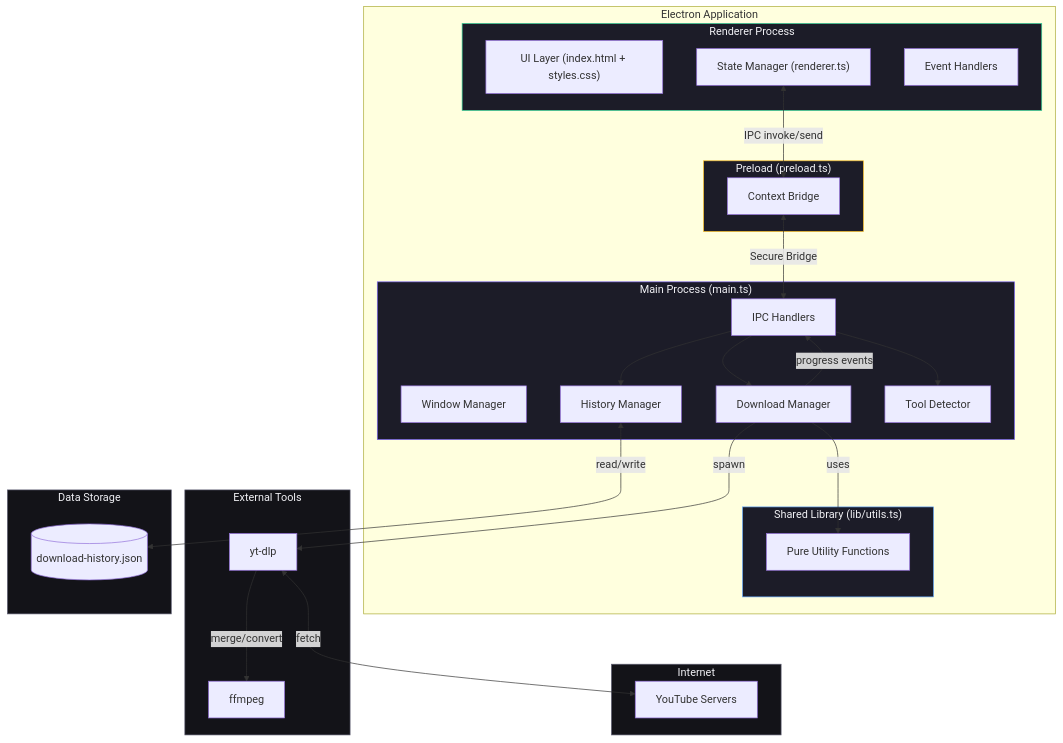
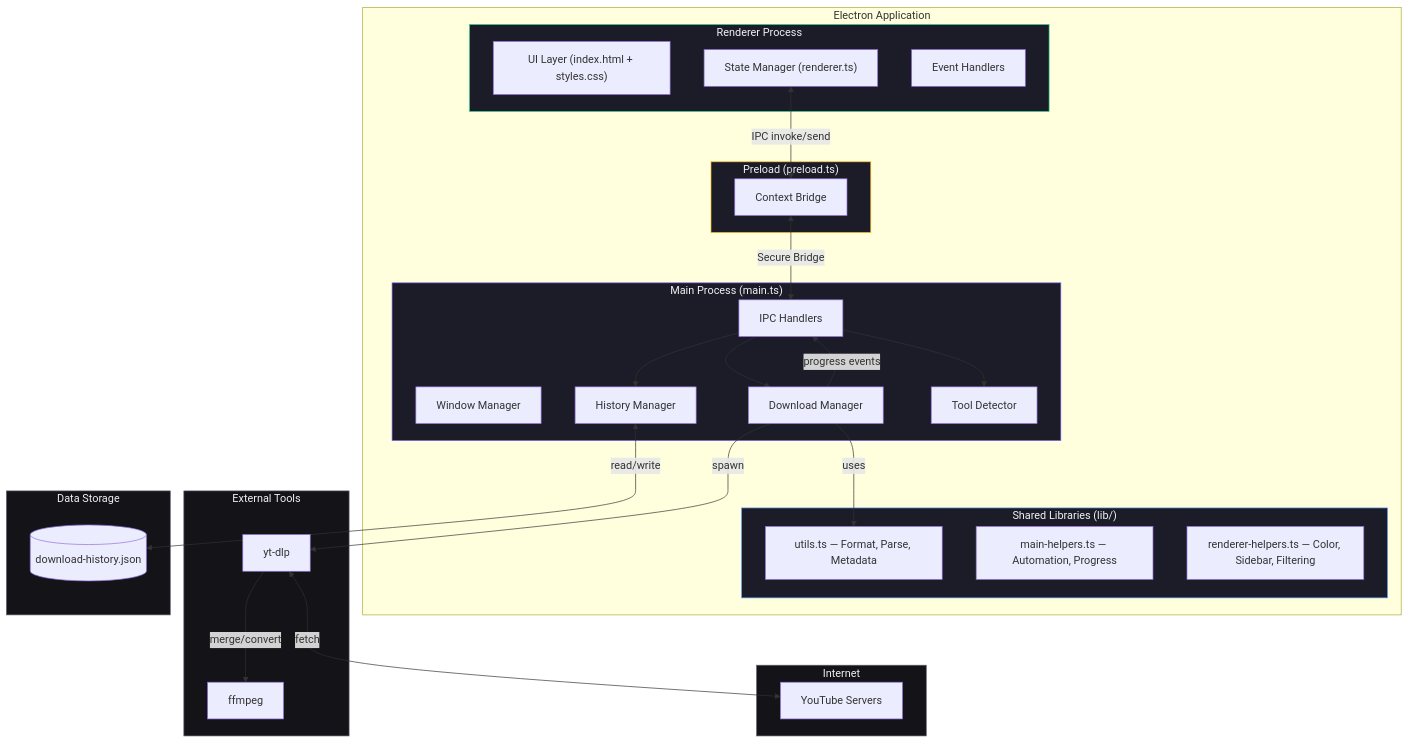
One commit to rishat5081/youtube-video-downloader changed the first of 4 diagrams in README.md. Above: the diagram before and after it, drawn with Mermaid. The commit also changed other lines of this file and 1 other file, not shown here.

````diff
--- a/README.md
+++ b/README.md
@@ -184,59 +188,61 @@
 ```mermaid
 graph TB
     subgraph Electron["Electron Application"]
         subgraph Main["Main Process (main.ts)"]
             WM[Window Manager]
             IPC[IPC Handlers]
             DM[Download Manager]
             HM[History Manager]
             TD[Tool Detector]
         end
 
         subgraph Preload["Preload (preload.ts)"]
             CB[Context Bridge]
         end
 
         subgraph Renderer["Renderer Process"]
             UI["UI Layer (index.html + styles.css)"]
             SM["State Manager (renderer.ts)"]
             EH[Event Handlers]
         end
 
-        subgraph Lib["Shared Library (lib/utils.ts)"]
-            FN[Pure Utility Functions]
+        subgraph Lib["Shared Libraries (lib/)"]
+            FN[utils.ts — Format, Parse, Metadata]
+            MH[main-helpers.ts — Automation, Progress]
+            RH[renderer-helpers.ts — Color, Sidebar, Filtering]
         end
     end
 
     subgraph External["External Tools"]
         YTDLP[yt-dlp]
         FFMPEG[ffmpeg]
     end
 
     subgraph Storage["Data Storage"]
         JSON[(download-history.json)]
     end
 
     subgraph Web["Internet"]
         YT[YouTube Servers]
     end
 
     SM <-->|"IPC invoke/send"| CB
     CB <-->|"Secure Bridge"| IPC
     IPC --> DM
     IPC --> HM
     IPC --> TD
     DM -->|"uses"| FN
     DM -->|"spawn"| YTDLP
     YTDLP -->|"merge/convert"| FFMPEG
     YTDLP <-->|"fetch"| YT
     HM <-->|"read/write"| JSON
     DM -->|"progress events"| IPC
 
     style Main fill:#1c1c28,stroke:#7c65f6,color:#f0f0f4
     style Renderer fill:#1c1c28,stroke:#34d399,color:#f0f0f4
     style Preload fill:#1c1c28,stroke:#fbbf24,color:#f0f0f4
     style Lib fill:#1c1c28,stroke:#60a5fa,color:#f0f0f4
     style External fill:#131318,stroke:#5c5c70,color:#f0f0f4
     style Storage fill:#131318,stroke:#5c5c70,color:#f0f0f4
     style Web fill:#131318,stroke:#5c5c70,color:#f0f0f4
 ```
````
